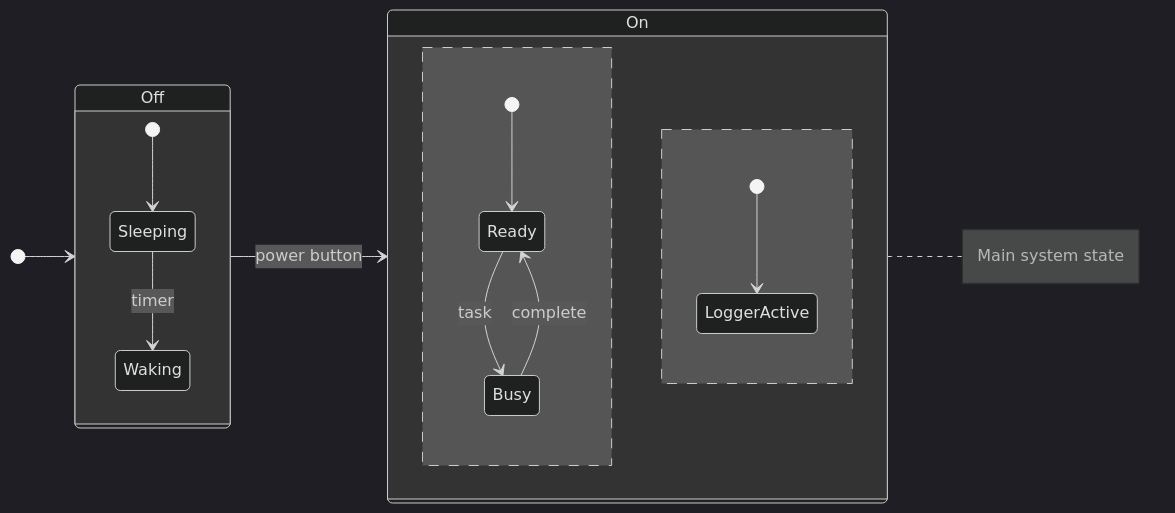
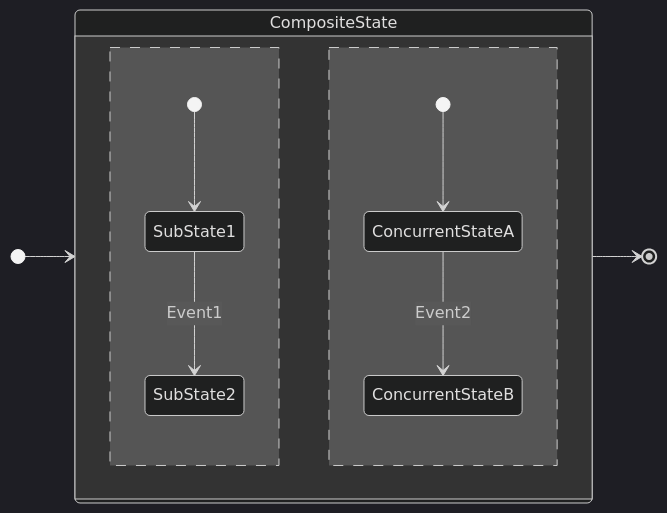
The fourth of 6 diagrams in references/types/state.md (mgranberry/mermaid-diagram-skill), drawn with Mermaid (dark theme) before and after one commit. The commit also changed other lines of this file and 12 other files, not shown here.

````diff
--- a/references/types/state.md
+++ b/references/types/state.md
@@ -21,18 +42,14 @@
 ```mermaid
 stateDiagram-v2
     direction LR
-    [*] --> Off
-    state Off {
-        [*] --> Sleeping
-        Sleeping --> Waking : timer
+    [*] --> CompositeState
+    state CompositeState {
+        direction TB
+        [*] --> SubState1
+        SubState1 --> SubState2 : Event1
+        --
+        [*] --> ConcurrentStateA
+        ConcurrentStateA --> ConcurrentStateB : Event2
     }
-    Off --> On : power button
-    state On {
-        [*] --> Ready
-        Ready --> Busy : task
-        Busy --> Ready : complete
-        --
-        [*] --> LoggerActive
-    }
-    note right of On : Main system state
+    CompositeState --> [*]
 ```
````
